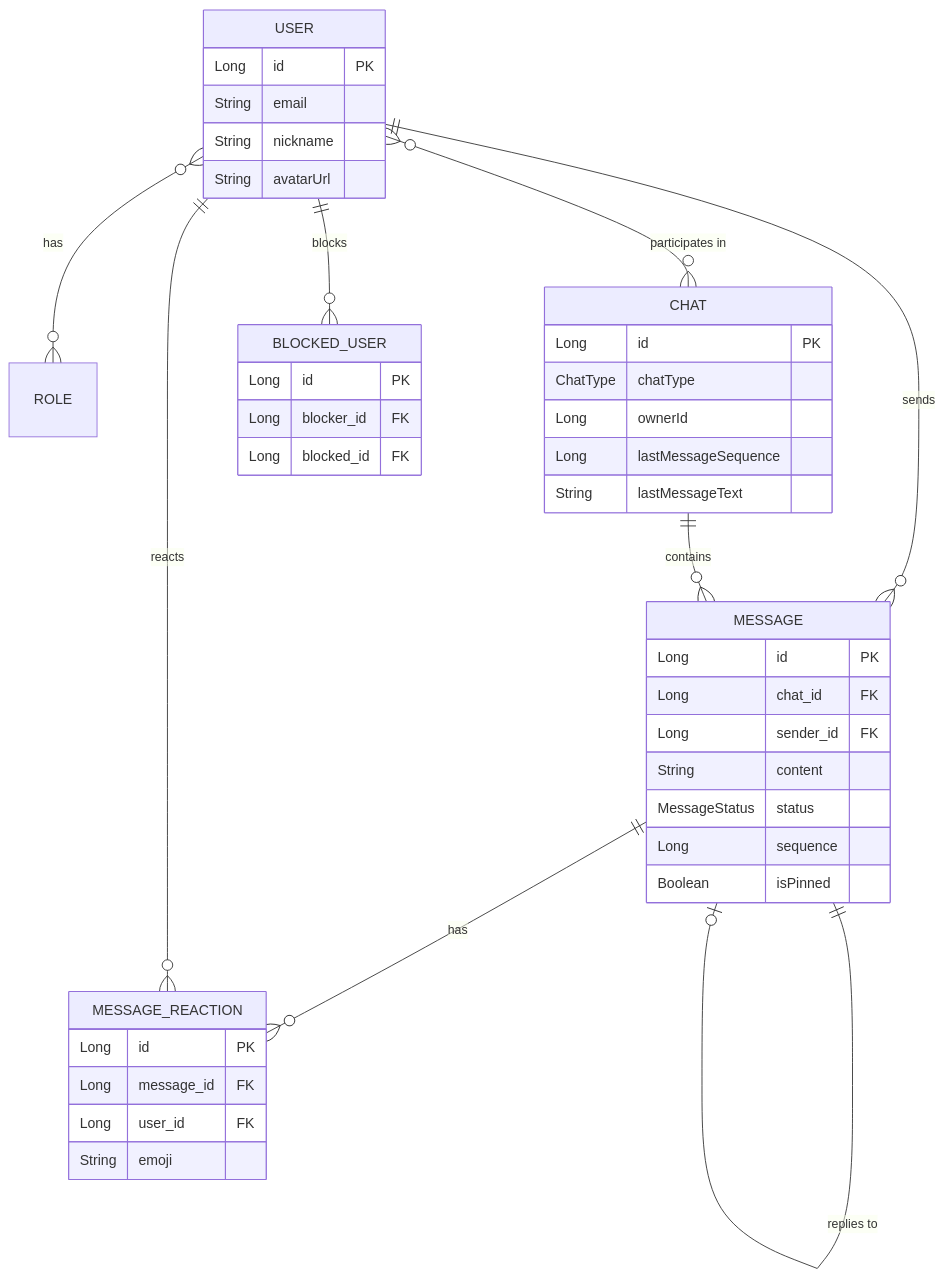
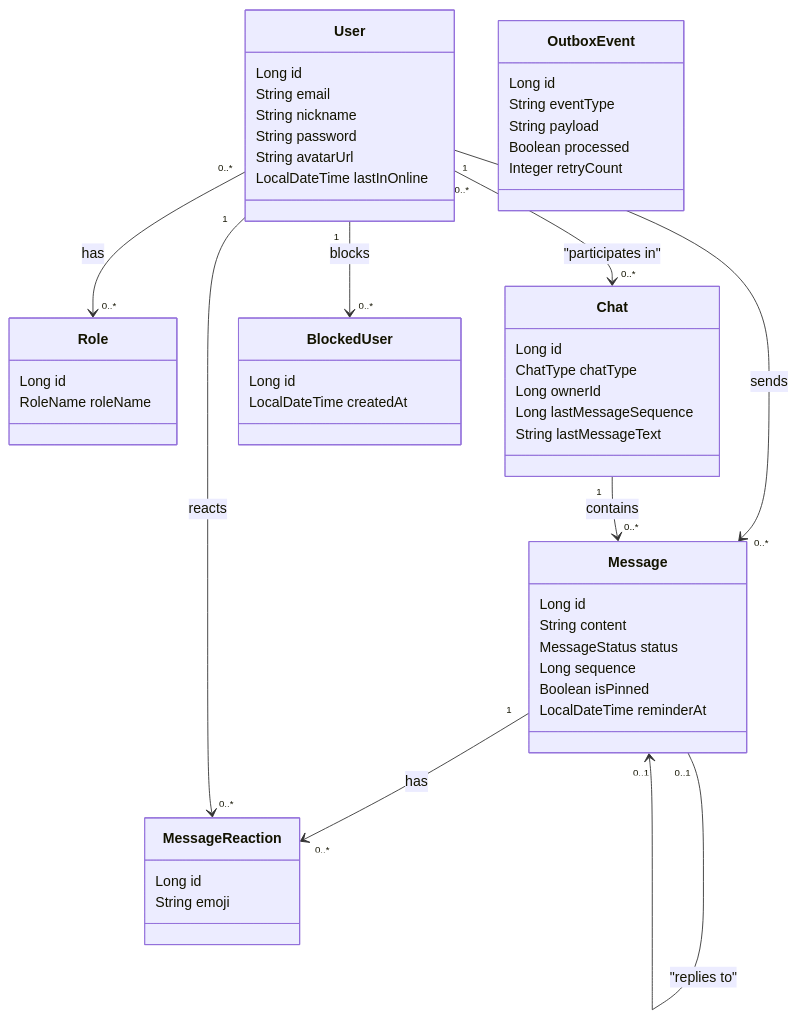
One commit to VitaliyProgrammer/bingo-chat-application changed the fifth of 5 diagrams in docs/02-architecture.md. Above: the diagram before and after it, drawn with Mermaid. The commit also changed other lines of this file and 1 other file, not shown here.

Commit message:
docs: expand README with full badge set, embedded diagrams, UML class diagram
Badges now cover every real dependency in pom.xml (grouped where
several artifacts are one logical technology - e.g. jjwt-api/impl/
jackson under one JWT badge), with versions verified against
mvn dependency:tree rather than guessed. Added the WebSocket badge
with its actual resolved version (spring-websocket 6.1.5).

Embedded the component diagram and a proper Mermaid classDiagram
(UML class notation - types, cardinality, relationships) directly
in README instead of only linking out to docs/, so the diagrams are
visible without an extra click. Replaced the simpler erDiagram in
02-architecture.md with the same classDiagram for consistency.

Verified every command in the docs actually works: mvn test,
mvn verify, and docker-compose up --build (confirmed earlier this
session via a full clean-state boot with real traffic through to
MySQL).

````diff
--- a/docs/02-architecture.md
+++ b/docs/02-architecture.md
@@ -177,45 +177,54 @@
 ```mermaid
-erDiagram
-    USER ||--o{ MESSAGE : sends
-    USER }o--o{ ROLE : has
-    USER }o--o{ CHAT : "participates in"
-    CHAT ||--o{ MESSAGE : contains
-    MESSAGE ||--o{ MESSAGE_REACTION : has
-    MESSAGE ||--o| MESSAGE : "replies to"
-    USER ||--o{ MESSAGE_REACTION : reacts
-    USER ||--o{ BLOCKED_USER : blocks
-
-    USER {
-        Long id PK
+classDiagram
+    class User {
+        Long id
         String email
         String nickname
+        String password
         String avatarUrl
+        LocalDateTime lastInOnline
     }
-    CHAT {
-        Long id PK
+    class Role {
+        Long id
+        RoleName roleName
+    }
+    class Chat {
+        Long id
         ChatType chatType
         Long ownerId
         Long lastMessageSequence
         String lastMessageText
     }
-    MESSAGE {
-        Long id PK
-        Long chat_id FK
-        Long sender_id FK
+    class Message {
+        Long id
         String content
         MessageStatus status
         Long sequence
         Boolean isPinned
+        LocalDateTime reminderAt
     }
-    MESSAGE_REACTION {
-        Long id PK
-        Long message_id FK
-        Long user_id FK
+    class MessageReaction {
+        Long id
         String emoji
     }
-    BLOCKED_USER {
-        Long id PK
-        Long blocker_id FK
-        Long blocked_id FK
+    class BlockedUser {
+        Long id
+        LocalDateTime createdAt
     }
+    class OutboxEvent {
+        Long id
+        String eventType
+        String payload
+        Boolean processed
+        Integer retryCount
+    }
+
+    User "0..*" --> "0..*" Role : has
+    User "1" --> "0..*" Message : sends
+    User "0..*" --> "0..*" Chat : "participates in"
+    Chat "1" --> "0..*" Message : contains
+    Message "1" --> "0..*" MessageReaction : has
+    Message "0..1" --> "0..1" Message : "replies to"
+    User "1" --> "0..*" MessageReaction : reacts
+    User "1" --> "0..*" BlockedUser : blocks
 ```
````
